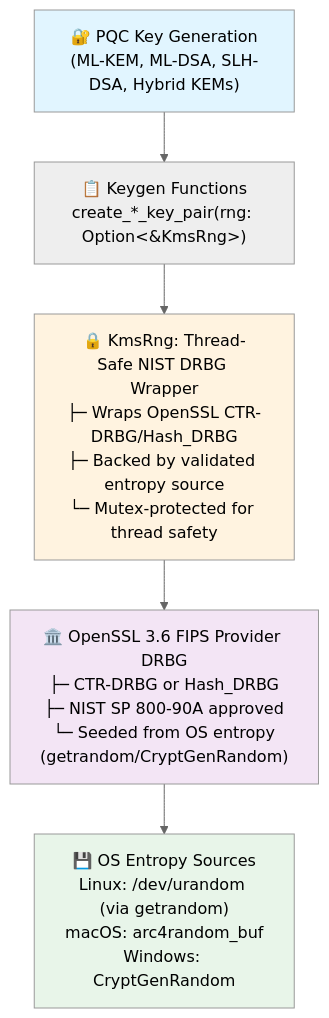
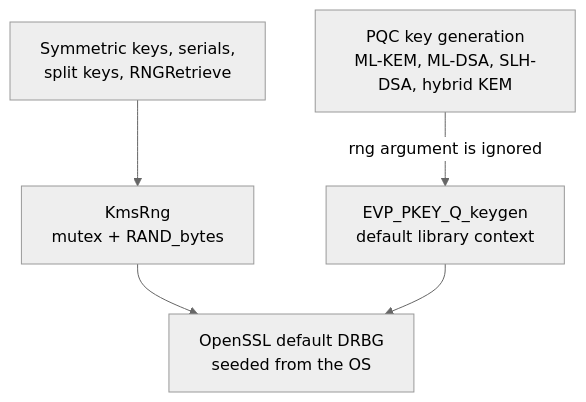
One commit to Cosmian/kms changed the diagram in documentation/docs/certifications_and_compliance/cryptographic_algorithms/pqc_entropy_compliance.md. Above: the diagram before and after it, drawn with Mermaid (neutral theme). The commit also changed other lines of this file and 6 other files, not shown here.

First line of the commit message:
docs(crypto): stop claiming PQC keygen uses KmsRng or ESV-validated entropy

````diff
--- a/documentation/docs/certifications_and_compliance/cryptographic_algorithms/pqc_entropy_compliance.md
+++ b/documentation/docs/certifications_and_compliance/cryptographic_algorithms/pqc_entropy_compliance.md
@@ -61,18 +71,13 @@
 ```mermaid
 flowchart TD
-    A["🔐 PQC Key Generation<br/>(ML-KEM, ML-DSA, SLH-DSA, Hybrid KEMs)"]
-    B["📋 Keygen Functions<br/>create_*_key_pair(rng: Option&lt;&KmsRng&gt;)"]
-    C["🔒 KmsRng: Thread-Safe NIST DRBG Wrapper<br/>├─ Wraps OpenSSL CTR-DRBG/Hash_DRBG<br/>├─ Backed by validated entropy source<br/>└─ Mutex-protected for thread safety"]
-    D["🏛️ OpenSSL 3.6 FIPS Provider DRBG<br/>├─ CTR-DRBG or Hash_DRBG<br/>├─ NIST SP 800-90A approved<br/>└─ Seeded from OS entropy<br/>(getrandom/CryptGenRandom)"]
-    E["💾 OS Entropy Sources<br/>Linux: /dev/urandom (via getrandom)<br/>macOS: arc4random_buf<br/>Windows: CryptGenRandom"]
+    A["Symmetric keys, serials,<br/>split keys, RNGRetrieve"]
+    B["KmsRng<br/>mutex + RAND_bytes"]
+    C["PQC key generation<br/>ML-KEM, ML-DSA, SLH-DSA, hybrid KEM"]
+    D["EVP_PKEY_Q_keygen<br/>default library context"]
+    E["OpenSSL default DRBG<br/>seeded from the OS"]
 
     A --> B
-    B --> C
-    C --> D
+    B --> E
+    C -- "rng argument is ignored" --> D
     D --> E
-
-    style A fill:#e1f5ff
-    style C fill:#fff3e0
-    style D fill:#f3e5f5
-    style E fill:#e8f5e9
 ```
````
